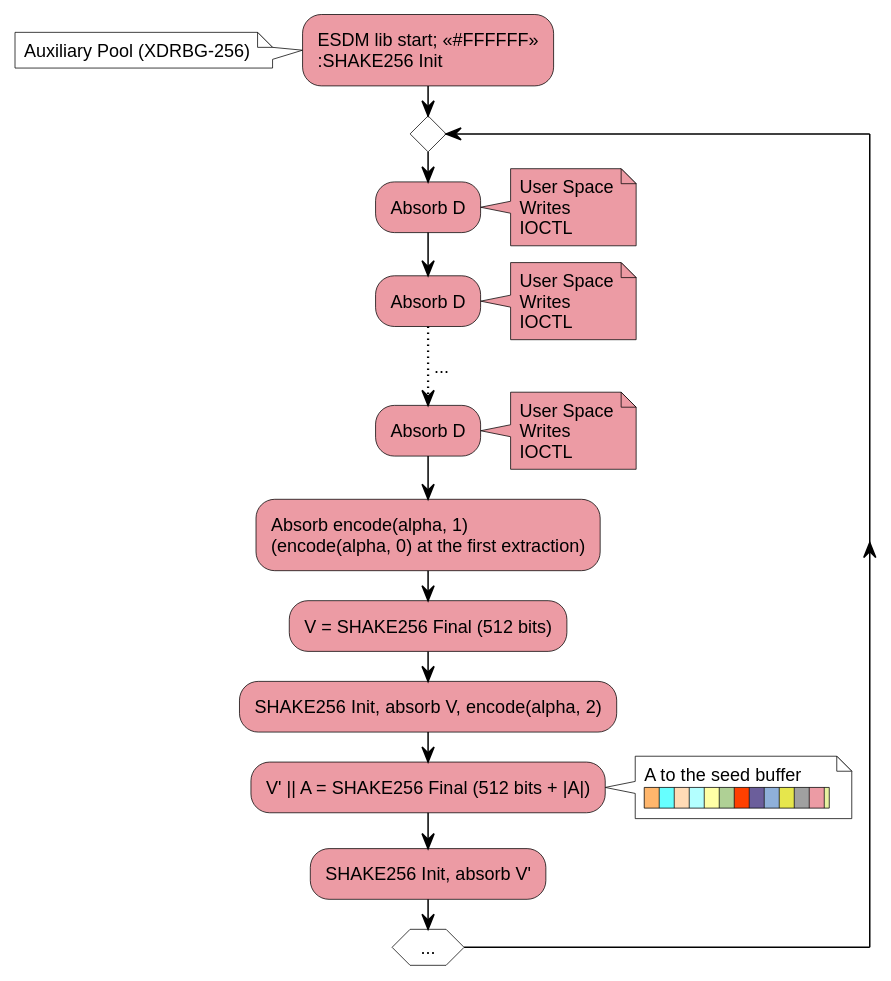
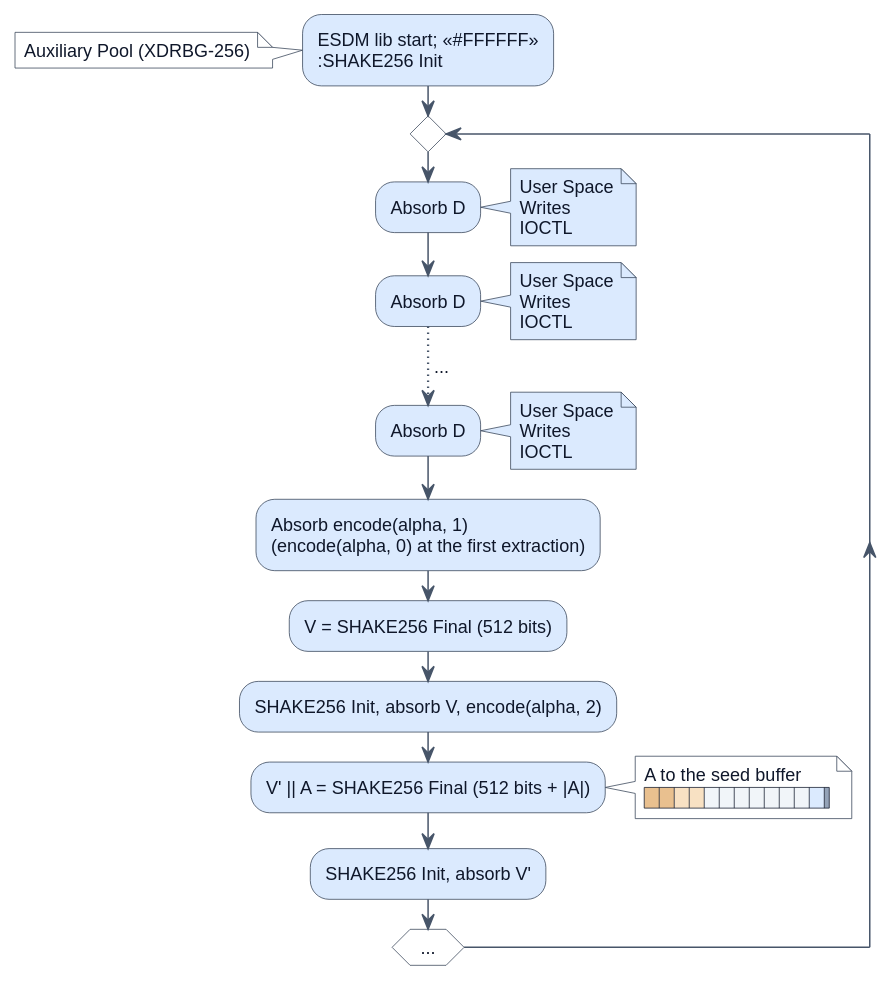
The diagram in doc/typst/figures/aux-pool-processing.puml (thillux/esdm), drawn with PlantUML before and after one commit. The commit also changed 41 other files, not shown here.

```diff
--- a/doc/typst/figures/aux-pool-processing.puml
+++ b/doc/typst/figures/aux-pool-processing.puml
@@ -1,52 +1,53 @@
 @startuml
 ' Figure: Auxiliary Pool Processing
 ' The auxiliary pool is an XDRBG-256 (esdm/crypto/esdm_xdrbg.c,
 ' esdm/esdm_es_aux.c); user space inserts three buffers. The colours of the
 ' seed buffer are those of figure big-picture.
 skinparam defaultFontName "Liberation Sans"
+skinparam defaultFontColor #0F172A
 skinparam defaultFontSize 12
 skinparam shadowing false
-skinparam ArrowColor #000000
-skinparam ActivityBorderColor #000000
-skinparam ActivityBackgroundColor #EC9BA4
+skinparam ArrowColor #475569
+skinparam ActivityBorderColor #334155
+skinparam ActivityBackgroundColor #DBEAFE
 skinparam ActivityDiamondBackgroundColor #FFFFFF
-skinparam ActivityDiamondBorderColor #000000
-skinparam NoteBackgroundColor #EC9BA4
-skinparam NoteBorderColor #000000
+skinparam ActivityDiamondBorderColor #334155
+skinparam NoteBackgroundColor #DBEAFE
+skinparam NoteBorderColor #334155
 
 :ESDM lib start; <<#FFFFFF>>
 :SHAKE256 Init;
 note left #FFFFFF: Auxiliary Pool (XDRBG-256)
 repeat
   :Absorb D;
   note right
     User Space
     Writes
     IOCTL
   end note
   :Absorb D;
   note right
     User Space
     Writes
     IOCTL
   end note
   -[dotted]-> ...;
   :Absorb D;
   note right
     User Space
     Writes
     IOCTL
   end note
   :Absorb encode(alpha, 1)
   (encode(alpha, 0) at the first extraction);
   :V = SHAKE256 Final (512 bits);
   :SHAKE256 Init, absorb V, encode(alpha, 2);
   :V' || A = SHAKE256 Final (512 bits + |A|);
   note right #FFFFFF
     A to the seed buffer
-    |<#FFB66C>   |<#66FFFF>   |<#FFDBB6>   |<#B3FFFF>   |<#FFFFA6>   |<#AFD095>   |<#FF4000>   |<#6B5E9B>   |<#8FB0D9>   |<#E6E64C>   |<#A0A0A0>   |<#EC9BA4>   |<#E8F2A1> |
+    |<#E9C08F>   |<#E9C08F>   |<#F8E1C3>   |<#F8E1C3>   |<#F1F5F9>   |<#F1F5F9>   |<#F1F5F9>   |<#F1F5F9>   |<#F1F5F9>   |<#F1F5F9>   |<#F1F5F9>   |<#DBEAFE>   |<#94A3B8> |
   end note
   :SHAKE256 Init, absorb V';
 repeat while (...)
 detach
 @enduml
```
